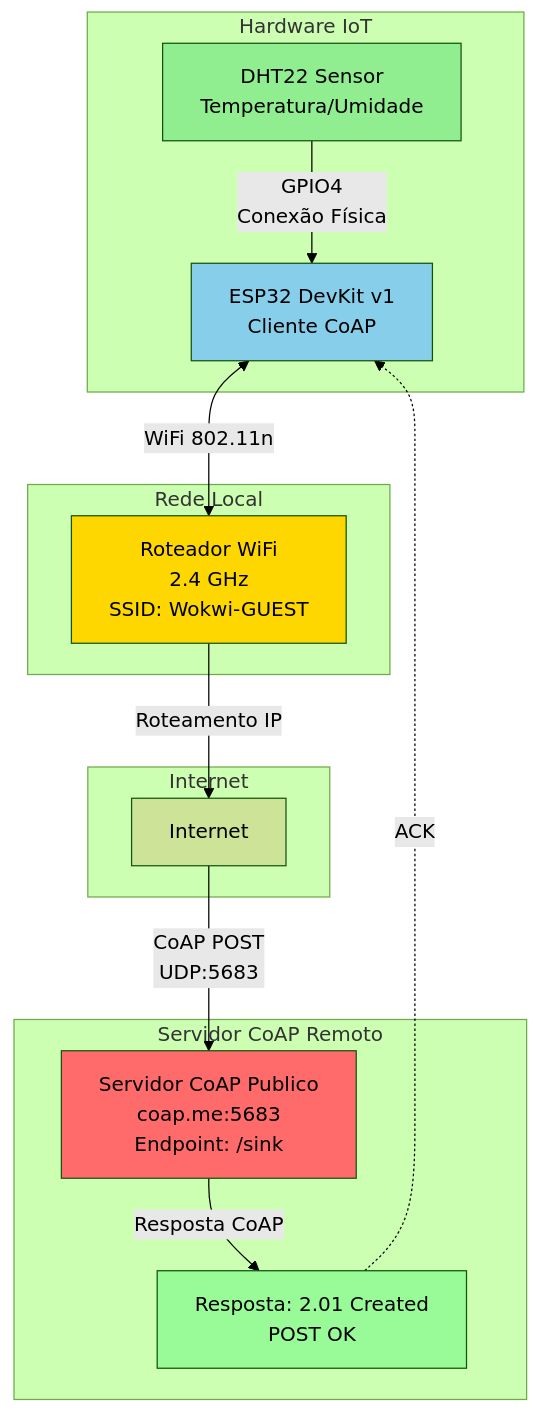
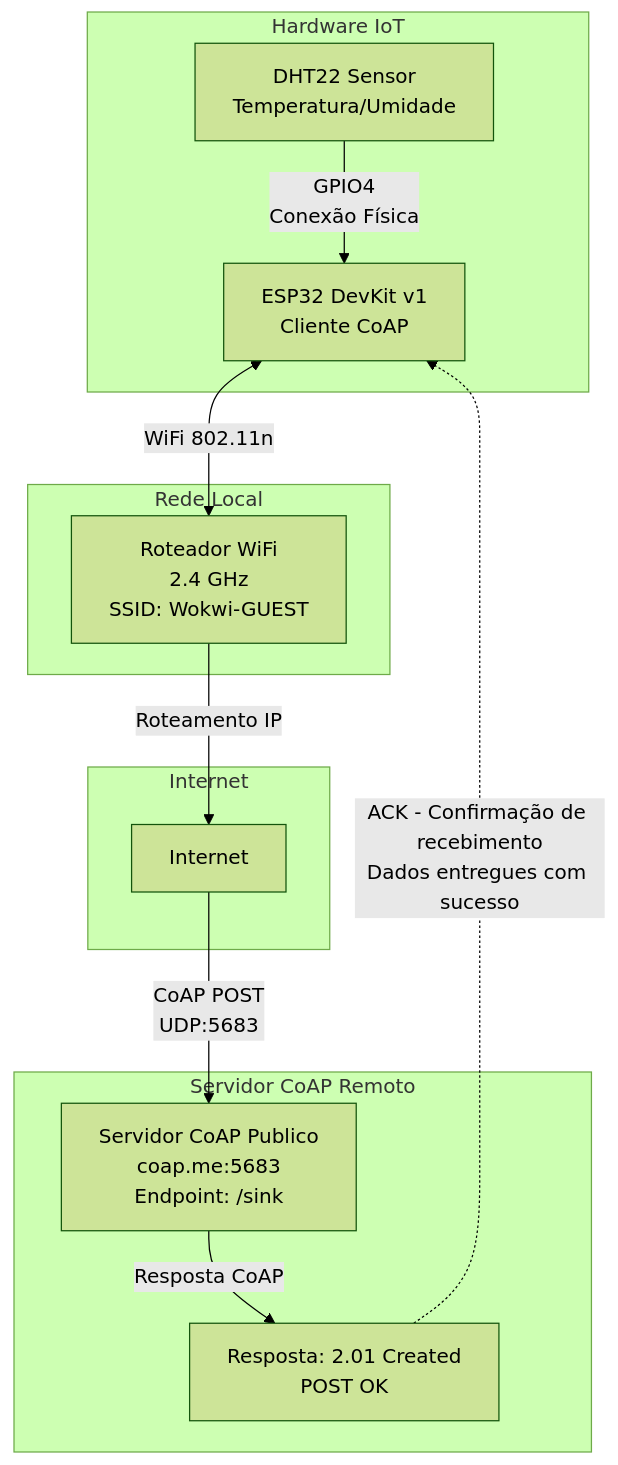
The diagram in README.md (Swaply-Conhecimento/swaply-web), drawn with Mermaid (forest theme) before and after one commit. The commit also changed other lines of this file, not shown here.

````diff
--- a/README.md
+++ b/README.md
@@ -7,33 +7,27 @@
 ```mermaid
 graph TB
     subgraph "Hardware IoT"
         DHT22[DHT22 Sensor<br/>Temperatura/Umidade]
         ESP32[ESP32 DevKit v1<br/>Cliente CoAP]
     end
 
     subgraph "Rede Local"
         WIFI[Roteador WiFi<br/>2.4 GHz<br/>SSID: Wokwi-GUEST]
     end
 
     subgraph "Internet"
         INTERNET[Internet]
     end
 
     subgraph "Servidor CoAP Remoto"
         SERVER[Servidor CoAP Publico<br/>coap.me:5683<br/>Endpoint: /sink]
         RESP[Resposta: 2.01 Created<br/>POST OK]
     end
 
     DHT22 -->|GPIO4<br/>Conexão Física| ESP32
     ESP32 <-->|WiFi 802.11n| WIFI
     WIFI -->|Roteamento IP| INTERNET
     INTERNET -->|CoAP POST<br/>UDP:5683| SERVER
     SERVER -->|Resposta CoAP| RESP
-    RESP -.->|ACK| ESP32
-
-    style DHT22 fill:#90EE90
-    style ESP32 fill:#87CEEB
-    style WIFI fill:#FFD700
-    style SERVER fill:#FF6B6B
-    style RESP fill:#98FB98
+    RESP -.->|ACK - Confirmação de recebimento<br/>Dados entregues com sucesso| ESP32
 ```
````
